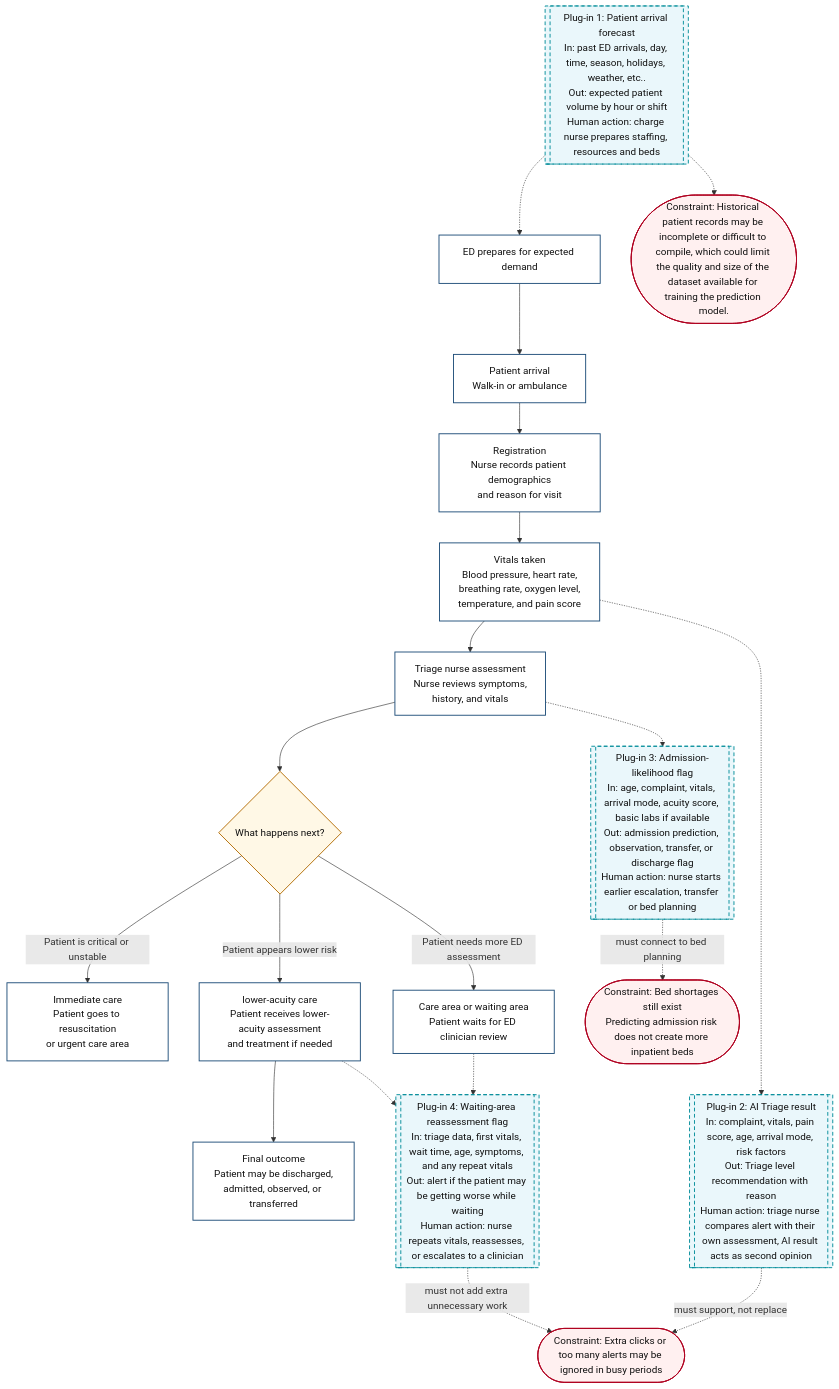
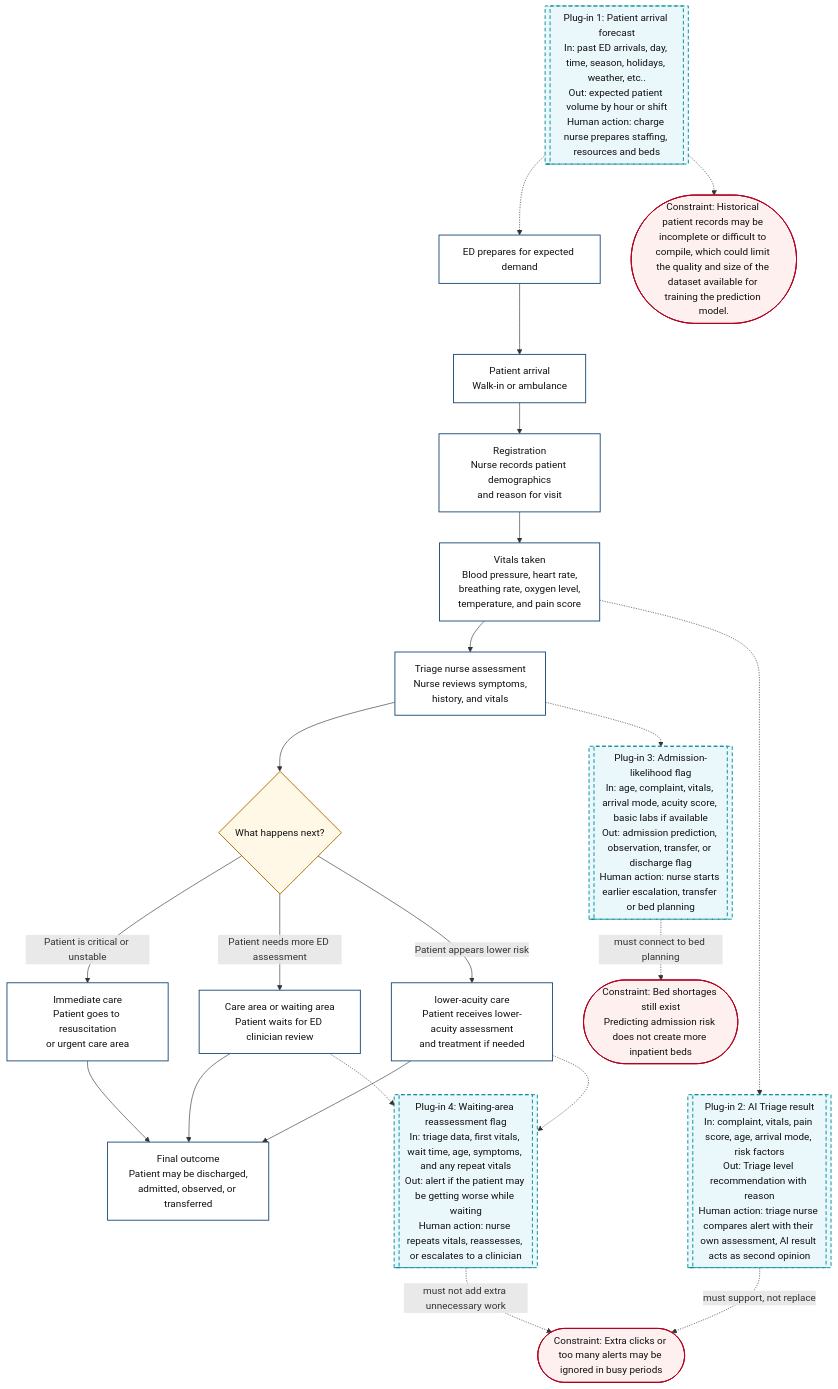
One commit to tinadams/carisurg-portfolio changed the diagram in docs/week_3_workflow_diagram.md. Above: the diagram before and after it, drawn with Mermaid.

Commit message:
Add additional outcomes to workflow diagram

````diff
--- a/docs/week_3_workflow_diagram.md
+++ b/docs/week_3_workflow_diagram.md
@@ -1,57 +1,61 @@
 ```mermaid
 flowchart TD
 
 A[Patient arrival<br/>Walk-in or ambulance] --> B[Registration<br/>Nurse records patient demographics<br/>and reason for visit]
 
 B --> C[Vitals taken<br/>Blood pressure, heart rate,<br/>breathing rate, oxygen level,<br/>temperature, and pain score]
 
 C --> D[Triage nurse assessment<br/>Nurse reviews symptoms,<br/>history, and vitals]
 
 D --> E{What happens next?}
 
 E -->|Patient is critical or unstable| F[Immediate care<br/>Patient goes to resuscitation<br/>or urgent care area]
 
 E -->|Patient needs more ED assessment| G[Care area or waiting area<br/>Patient waits for ED clinician review]
 
 E -->|Patient appears lower risk| H[lower-acuity care<br/>Patient receives lower-acuity assessment<br/>and treatment if needed]
 
 H --> I[Final outcome<br/>Patient may be discharged,<br/>admitted, observed, or transferred]
+
+F --> I[Final outcome<br/>Patient may be discharged,<br/>admitted, observed, or transferred]
+
+G --> I[Final outcome<br/>Patient may be discharged,<br/>admitted, observed, or transferred]
 
 AI1[[Plug-in 1: Patient arrival forecast<br/>In: past ED arrivals, day, time, season, holidays, weather, etc..<br/>Out: expected patient volume by hour or shift<br/>Human action: charge nurse prepares staffing, resources and beds]]
 
 AI2[[Plug-in 2: AI Triage result<br/>In: complaint, vitals, pain score, age, arrival mode, risk factors<br/>Out: Triage level recommendation with reason<br/>Human action: triage nurse compares alert with their own assessment, AI result acts as second opinion]]
 
 AI3[[Plug-in 3: Admission-likelihood flag<br/>In: age, complaint, vitals, arrival mode, acuity score, basic labs if available<br/>Out: admission prediction, observation, transfer, or discharge flag<br/>Human action: nurse starts earlier escalation, transfer or bed planning]]
 
 AI4[[Plug-in 4: Waiting-area reassessment flag<br/>In: triage data, first vitals, wait time, age, symptoms, and any repeat vitals<br/>Out: alert if the patient may be getting worse while waiting<br/>Human action: nurse repeats vitals, reassesses, or escalates to a clinician]]
 
 PRE[ED prepares for expected demand]
 
 AI1 -.-> PRE
 PRE --> A
 D -.-> AI3
 C -.-> AI2
 G -.-> AI4
 H -.-> AI4
 
 C1([Constraint: Historical patient records may be incomplete or difficult to compile, which could limit the quality and size of the dataset available for training the prediction model.])
 
 C2([Constraint: Extra clicks or too many alerts may be ignored in busy periods])
 
 C3([Constraint: Bed shortages still exist<br/>Predicting admission risk does not create more inpatient beds])
 
 AI1 -.-> C1
 AI2 -. must support, not replace .-> C2
 AI3 -. must connect to bed planning .-> C3
 AI4 -. must not add extra unnecessary work .-> C2
 
 classDef process fill:#ffffff,stroke:#1f4e79,stroke-width:1.5px,color:#111;
 classDef decision fill:#fff8e6,stroke:#b36b00,stroke-width:1.5px,color:#111;
 classDef ai fill:#eaf7fb,stroke:#008c99,stroke-width:1.5px,stroke-dasharray: 6 4,color:#111;
 classDef constraint fill:#fff0f0,stroke:#b00020,stroke-width:1.5px,color:#111;
 
 class A,B,C,D,F,G,H,I,PRE process;
 class E decision;
 class AI1,AI2,AI3,AI4 ai;
 class C1,C2,C3 constraint;
 ```
````
